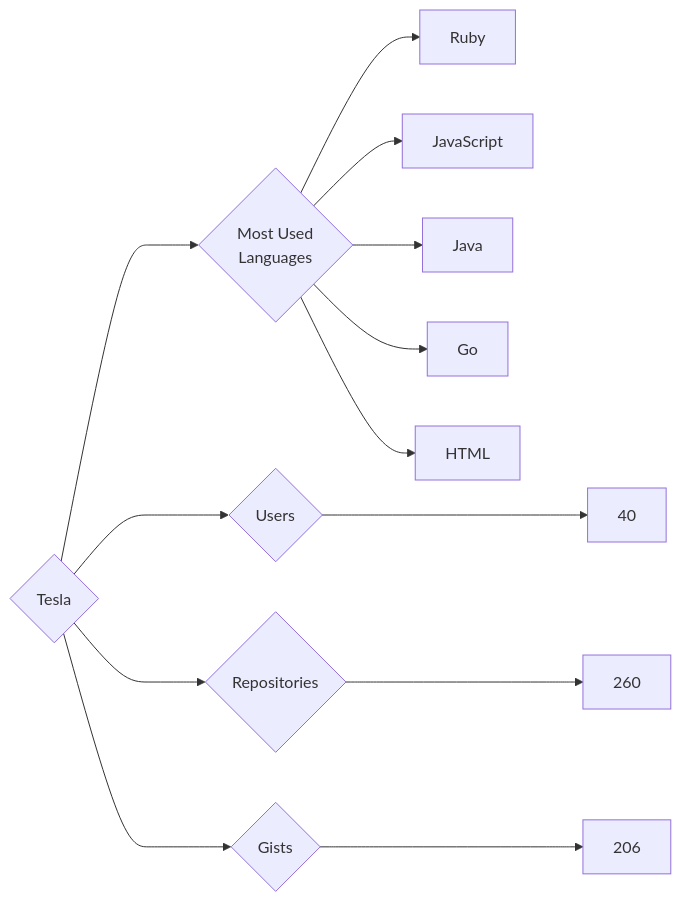
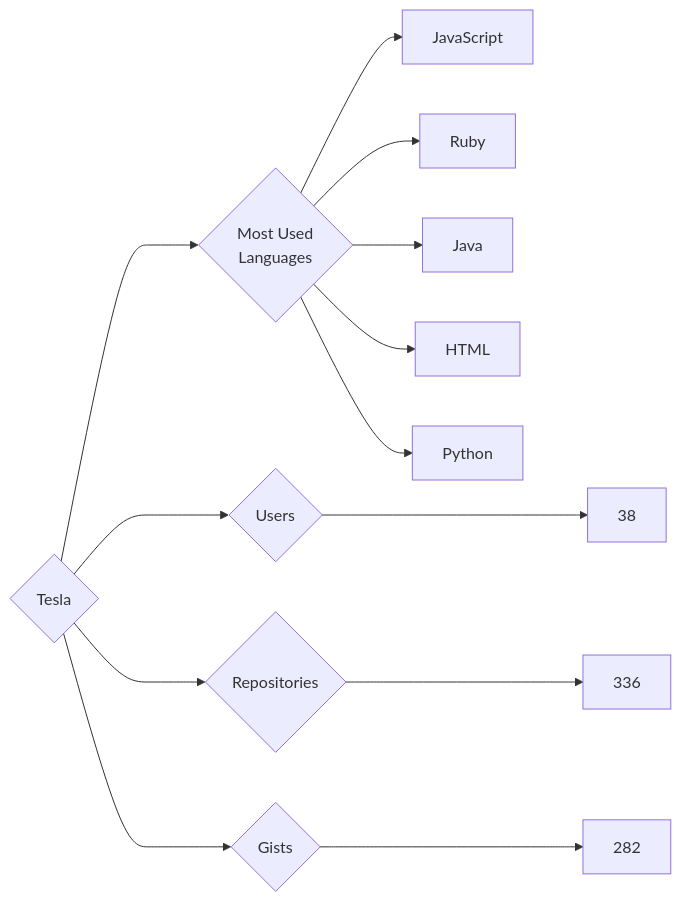
One commit to trickest/insiders changed the diagram in targets/Tesla/README.md. Above: the diagram before and after it, drawn with Mermaid. The commit also changed 814 other files, not shown here.

````diff
--- a/targets/Tesla/README.md
+++ b/targets/Tesla/README.md
@@ -3,13 +3,13 @@
 ```mermaid
 graph LR
 COMPANY_NAME{Tesla}
-COMPANY_NAME ---> U{Users} ---> UN[40]
-COMPANY_NAME ---> R{Repositories} ---> RN[260]
-COMPANY_NAME ---> G{Gists} ---> GN[206]
+COMPANY_NAME ---> U{Users} ---> UN[38]
+COMPANY_NAME ---> R{Repositories} ---> RN[336]
+COMPANY_NAME ---> G{Gists} ---> GN[282]
 COMPANY_NAME ---> ML{Most Used<br>Languages}
+ML --> JavaScript[JavaScript]
 ML --> Ruby[Ruby]
-ML --> JavaScript[JavaScript]
 ML --> Java[Java]
-ML --> Go[Go]
 ML --> HTML[HTML]
+ML --> Python[Python]
 ```
````
